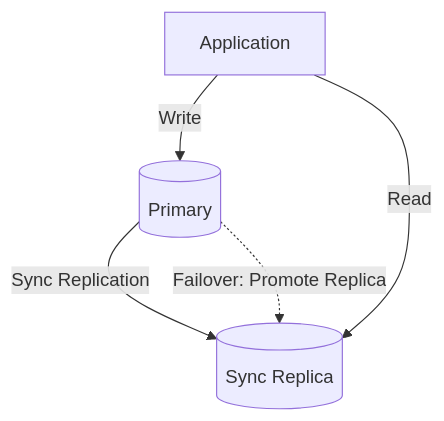
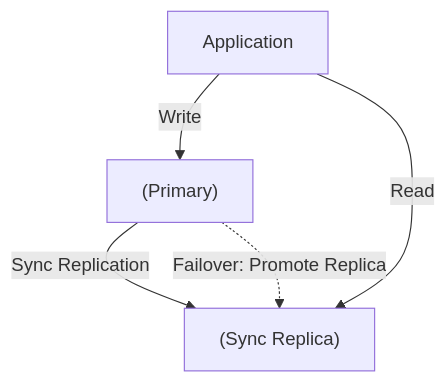
The third of 14 diagrams in src/interview/system-design/hld/availability.md (vanos001/placement_prep), drawn with Mermaid before and after one commit. The commit also changed other lines of this file and 19 other files, not shown here.

First line of the commit message:
fix(mermaid,links): repair regressions after merging dev into dev2

````diff
--- a/src/interview/system-design/hld/availability.md
+++ b/src/interview/system-design/hld/availability.md
@@ -160,7 +160,7 @@
 ```mermaid
 graph TD
-    APP[Application] -->|Write| P[(Primary)]
-    P -->|Sync Replication| R[(Sync Replica)]
+    APP[Application] -->|Write| P["(Primary)"]
+    P -->|Sync Replication| R["(Sync Replica)"]
     APP -->|Read| R
     P -.->|Failover: Promote Replica| R
 ```
````
